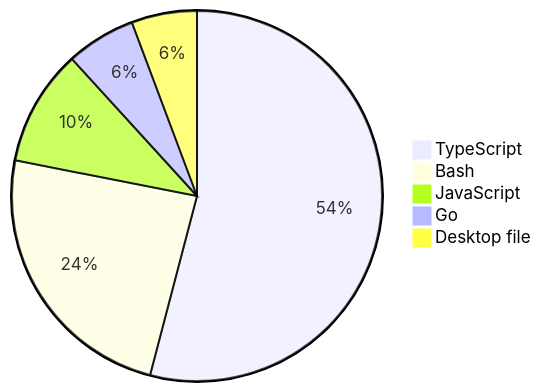
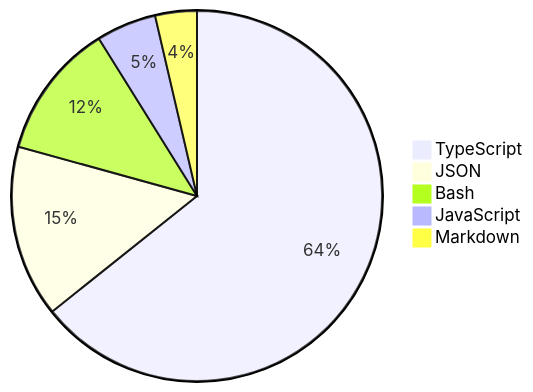
One commit to skvggor/skvggor changed the diagram in README.md. Above: the diagram before and after it, drawn with Mermaid.

Commit message:
Updated waka-readme graph with new metrics

````diff
--- a/README.md
+++ b/README.md
@@ -16,8 +16,8 @@
 ```mermaid
 pie
-    "TypeScript" : 46.4
-    "Bash" : 20.6
-    "JavaScript" : 8.7
-    "Go" : 5.2
-    "Desktop file" : 4.9
+    "TypeScript" : 56.5
+    "JSON" : 13.2
+    "Bash" : 10.4
+    "JavaScript" : 4.6
+    "Markdown" : 3.2
 ```
````
